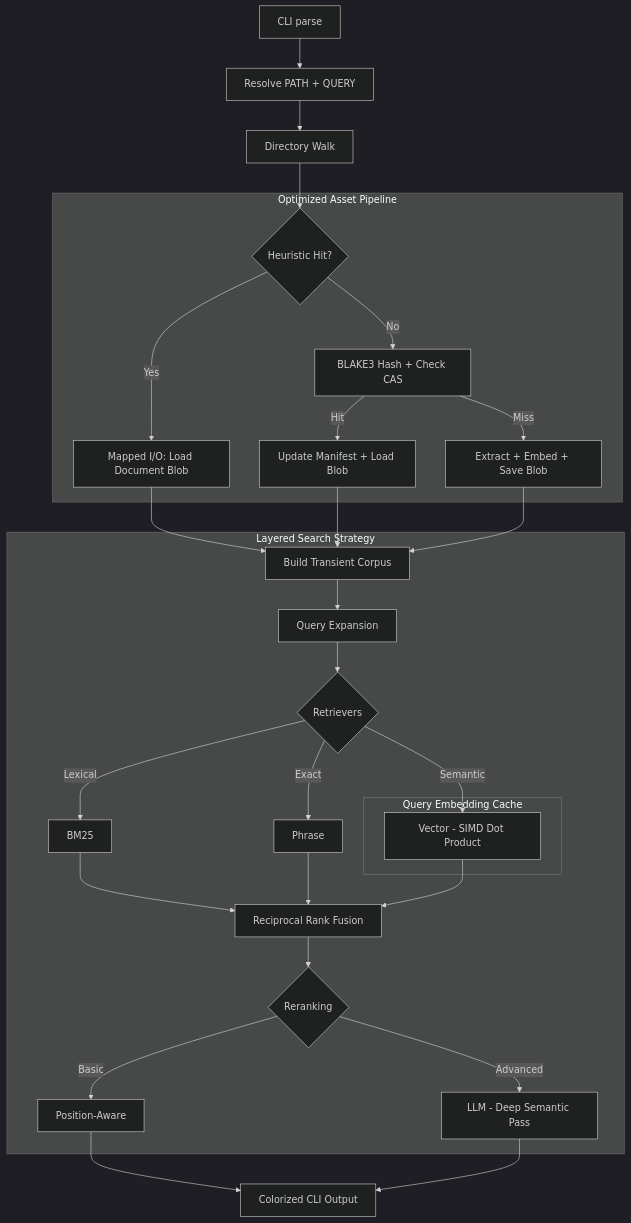
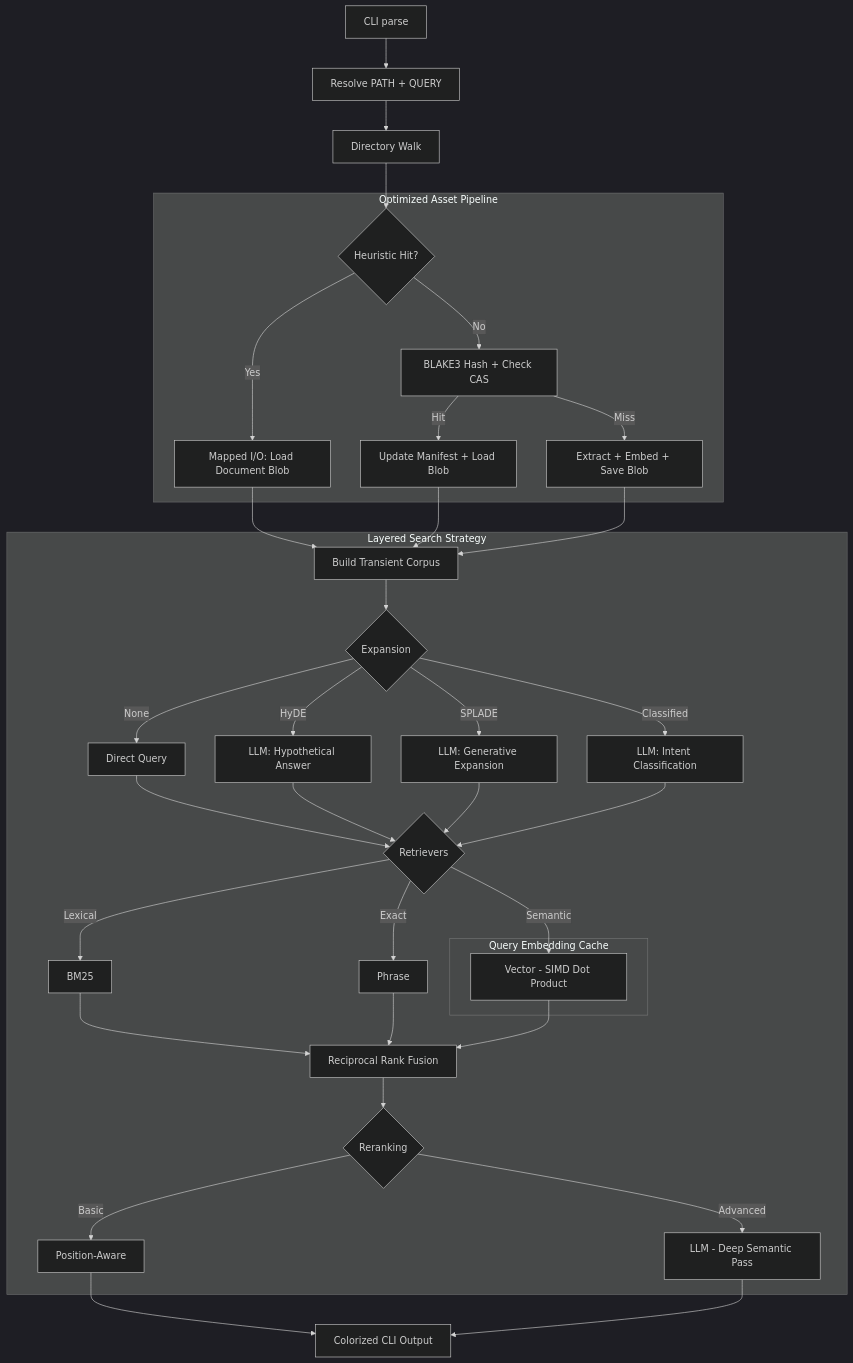
Before and after one commit to rupurt/sift: the diagram in README.md, drawn with Mermaid (dark theme). The commit also changed other lines of this file and 13 other files, not shown here.

````diff
--- a/README.md
+++ b/README.md
@@ -148,39 +148,48 @@
 ```mermaid
 flowchart TD
   A[CLI parse] --> B[Resolve PATH + QUERY]
   B --> C[Directory Walk]
   
   subgraph Pipeline ["Optimized Asset Pipeline"]
     C1{Heuristic Hit?} -->|Yes| C2[Mapped I/O: Load Document Blob]
     C1 -->|No| C3[BLAKE3 Hash + Check CAS]
     C3 -->|Hit| C4[Update Manifest + Load Blob]
     C3 -->|Miss| C5[Extract + Embed + Save Blob]
   end
 
   C --> C1
   C2 --> D[Build Transient Corpus]
   C4 --> D
   C5 --> D
 
   subgraph Strategy ["Layered Search Strategy"]
-    D --> E[Query Expansion]
-    E --> F{Retrievers}
+    D --> E{Expansion}
+    E -->|None| E1[Direct Query]
+    E -->|HyDE| E2[LLM: Hypothetical Answer]
+    E -->|SPLADE| E3[LLM: Generative Expansion]
+    E -->|Classified| E4[LLM: Intent Classification]
+    
+    E1 --> F{Retrievers}
+    E2 --> F
+    E3 --> F
+    E4 --> F
+    
     F -->|Lexical| F1[BM25]
     F -->|Exact| F2[Phrase]
     F -->|Semantic| F3[Vector - SIMD Dot Product]
     
     subgraph QueryCache ["Query Embedding Cache"]
       F3
     end
 
     F1 --> G[Reciprocal Rank Fusion]
     F2 --> G
     F3 --> G
     G --> H{Reranking}
     H -->|Basic| H1[Position-Aware]
     H -->|Advanced| H2[LLM - Deep Semantic Pass]
   end
 
   H1 --> I[Colorized CLI Output]
   H2 --> I
 ```
````
